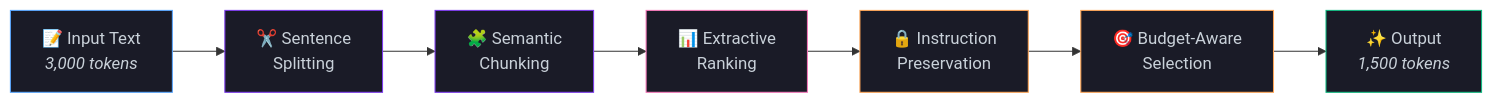
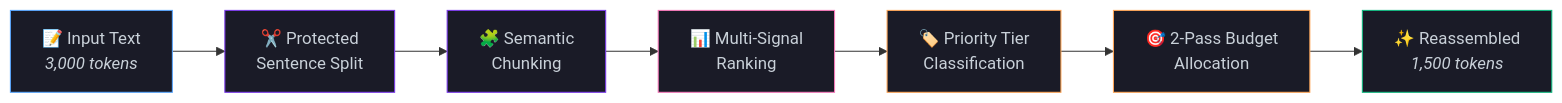
One commit to Thanatos9404/llmslim changed the diagram in README.md. Above: the diagram before and after it, drawn with Mermaid. The commit also changed other lines of this file and 24 other files, not shown here.

Commit message:
docs: sync README with v0.2.0 architecture and July 2026 model pricing

````diff
--- a/README.md
+++ b/README.md
@@ -198,17 +198,17 @@
 ```mermaid
 graph LR
-    A["📝 Input Text<br/><i>3,000 tokens</i>"] --> B["✂️ Sentence<br/>Splitting"]
+    A["📝 Input Text<br/><i>3,000 tokens</i>"] --> B["✂️ Protected<br/>Sentence Split"]
     B --> C["🧩 Semantic<br/>Chunking"]
-    C --> D["📊 Extractive<br/>Ranking"]
-    D --> E["🔒 Instruction<br/>Preservation"]
-    E --> F["🎯 Budget-Aware<br/>Selection"]
-    F --> G["✨ Output<br/><i>1,500 tokens</i>"]
+    C --> D["📊 Multi-Signal<br/>Ranking"]
+    D --> E["🏷️ Priority Tier<br/>Classification"]
+    E --> F["🎯 2-Pass Budget<br/>Allocation"]
+    F --> G["✨ Reassembled<br/><i>1,500 tokens</i>"]
 
     style A fill:#1a1b27,stroke:#58a6ff,color:#c9d1d9
     style B fill:#1a1b27,stroke:#7c3aed,color:#c9d1d9
     style C fill:#1a1b27,stroke:#7c3aed,color:#c9d1d9
     style D fill:#1a1b27,stroke:#f778ba,color:#c9d1d9
     style E fill:#1a1b27,stroke:#ffa657,color:#c9d1d9
     style F fill:#1a1b27,stroke:#ffa657,color:#c9d1d9
     style G fill:#1a1b27,stroke:#10b981,color:#c9d1d9
 ```
````
